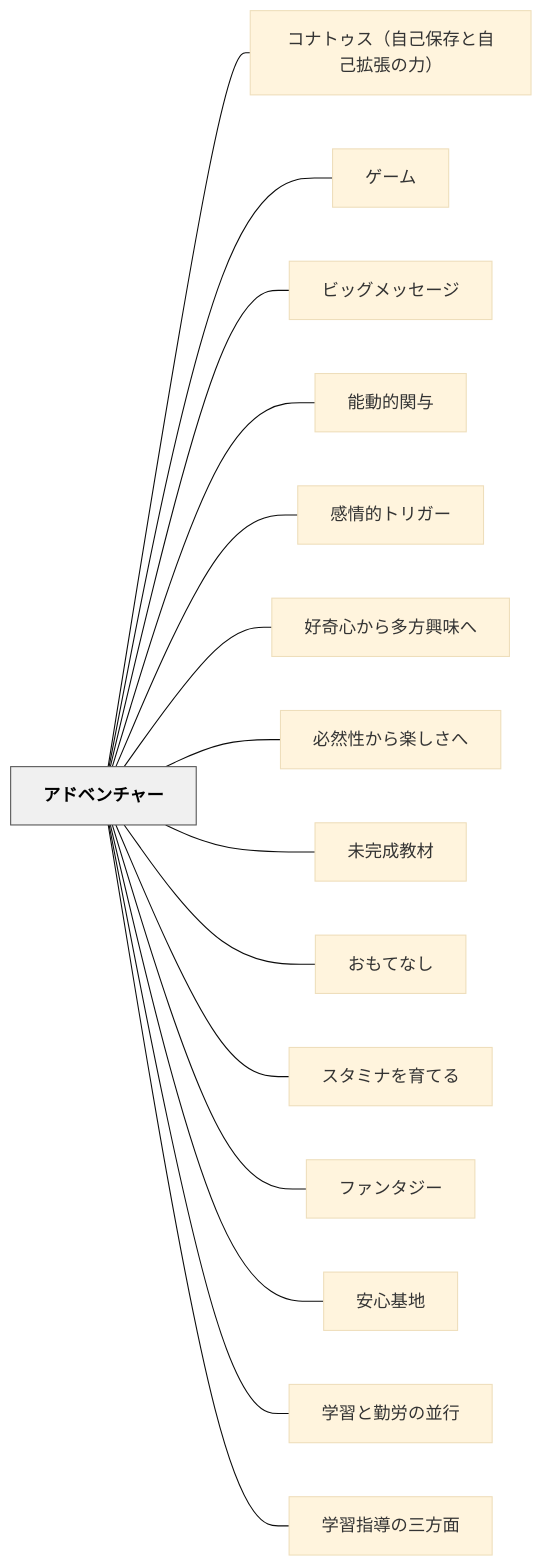
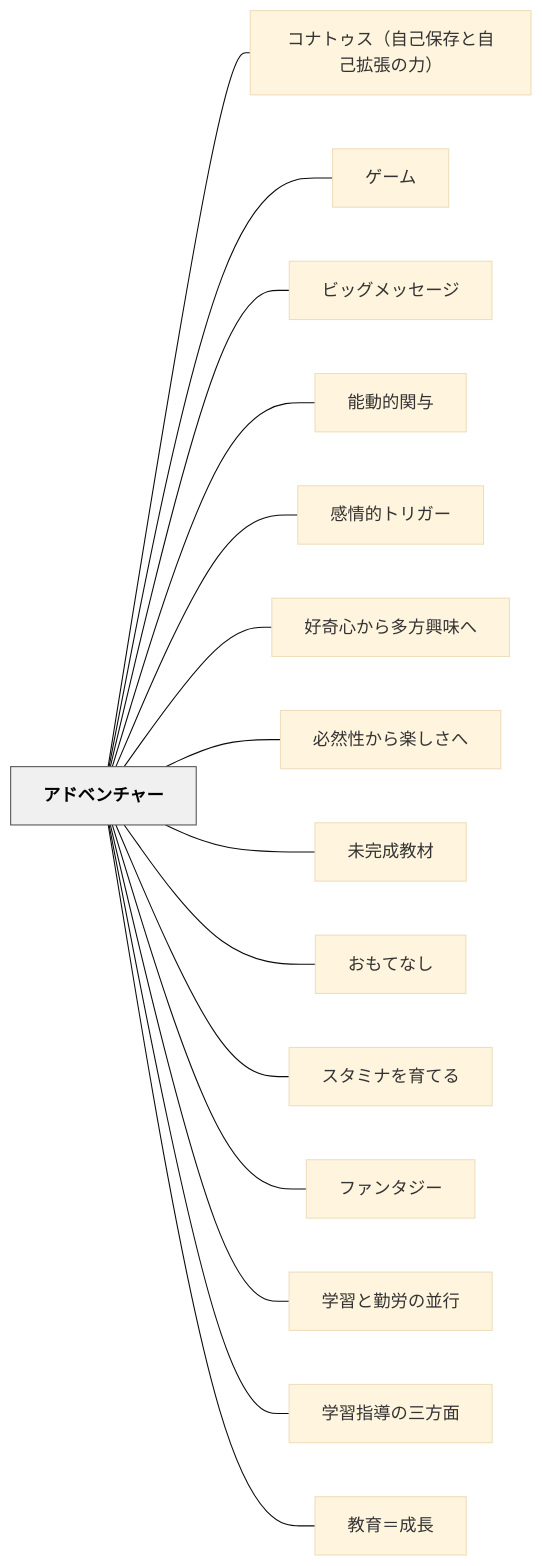
One commit to unknownthings-ed-patterns/unknownthings-ed-patterns changed the diagram in content/パタン/アドベンチャー.md. Above: the diagram before and after it, drawn with Mermaid (base theme). The commit also changed other lines of this file and 30 other files, not shown here.

````diff
--- a/content/パタン/アドベンチャー.md
+++ b/content/パタン/アドベンチャー.md
@@ -360,36 +359,36 @@
 ```mermaid
 flowchart LR
     ne382a2e38389e38399e383b3e38381e383a3e383bc["アドベンチャー"]
     ne382b3e3838ae38388e382a5e382b9efbc88e887aae5b7b1e4bf9de5ad98e381a8e887aae5b7b1e68ba1e5bcb5e381aee58a9befbc89["コナトゥス（自己保存と自己拡張の力）"]
     ne382b2e383bce383a0["ゲーム"]
     ne38393e38383e382b0e383a1e38383e382bbe383bce382b8["ビッグメッセージ"]
     ne883bde58b95e79a84e996a2e4b88e["能動的関与"]
     ne6849fe68385e79a84e38388e383aae382ace383bc["感情的トリガー"]
     ne5a5bde5a587e5bf83e3818be38289e5a49ae696b9e88888e591b3e381b8["好奇心から多方興味へ"]
     ne5bf85e784b6e680a7e3818be38289e6a5bde38197e38195e381b8["必然性から楽しさへ"]
     ne69caae5ae8ce68890e69599e69d90["未完成教材"]
     ne3818ae38282e381a6e381aae38197["おもてなし"]
     ne382b9e382bfe3839fe3838ae38292e882b2e381a6e3828b["スタミナを育てる"]
     ne38395e382a1e383b3e382bfe382b8e383bc["ファンタジー"]
-    ne5ae89e5bf83e59fbae59cb0["安心基地"]
     ne5ada6e7bf92e381a8e58ba4e58ab4e381aee4b8a6e8a18c["学習と勤労の並行"]
     ne5ada6e7bf92e68c87e5b08ee381aee4b889e696b9e99da2["学習指導の三方面"]
+    ne69599e882b2efbc9de68890e995b7["教育＝成長"]
 
     ne382a2e38389e38399e383b3e38381e383a3e383bc --- ne382b3e3838ae38388e382a5e382b9efbc88e887aae5b7b1e4bf9de5ad98e381a8e887aae5b7b1e68ba1e5bcb5e381aee58a9befbc89
     ne382a2e38389e38399e383b3e38381e383a3e383bc --- ne382b2e383bce383a0
     ne382a2e38389e38399e383b3e38381e383a3e383bc --- ne38393e38383e382b0e383a1e38383e382bbe383bce382b8
     ne382a2e38389e38399e383b3e38381e383a3e383bc --- ne883bde58b95e79a84e996a2e4b88e
     ne382a2e38389e38399e383b3e38381e383a3e383bc --- ne6849fe68385e79a84e38388e383aae382ace383bc
     ne382a2e38389e38399e383b3e38381e383a3e383bc --- ne5a5bde5a587e5bf83e3818be38289e5a49ae696b9e88888e591b3e381b8
     ne382a2e38389e38399e383b3e38381e383a3e383bc --- ne5bf85e784b6e680a7e3818be38289e6a5bde38197e38195e381b8
     ne382a2e38389e38399e383b3e38381e383a3e383bc --- ne69caae5ae8ce68890e69599e69d90
     ne382a2e38389e38399e383b3e38381e383a3e383bc --- ne3818ae38282e381a6e381aae38197
     ne382a2e38389e38399e383b3e38381e383a3e383bc --- ne382b9e382bfe3839fe3838ae38292e882b2e381a6e3828b
     ne382a2e38389e38399e383b3e38381e383a3e383bc --- ne38395e382a1e383b3e382bfe382b8e383bc
-    ne382a2e38389e38399e383b3e38381e383a3e383bc --- ne5ae89e5bf83e59fbae59cb0
     ne382a2e38389e38399e383b3e38381e383a3e383bc --- ne5ada6e7bf92e381a8e58ba4e58ab4e381aee4b8a6e8a18c
     ne382a2e38389e38399e383b3e38381e383a3e383bc --- ne5ada6e7bf92e68c87e5b08ee381aee4b889e696b9e99da2
+    ne382a2e38389e38399e383b3e38381e383a3e383bc --- ne69599e882b2efbc9de68890e995b7
 
     classDef hub fill:#f0f0f0,stroke:#555,color:#000,font-weight:bold
     class ne382a2e38389e38399e383b3e38381e383a3e383bc hub
 ```
````
